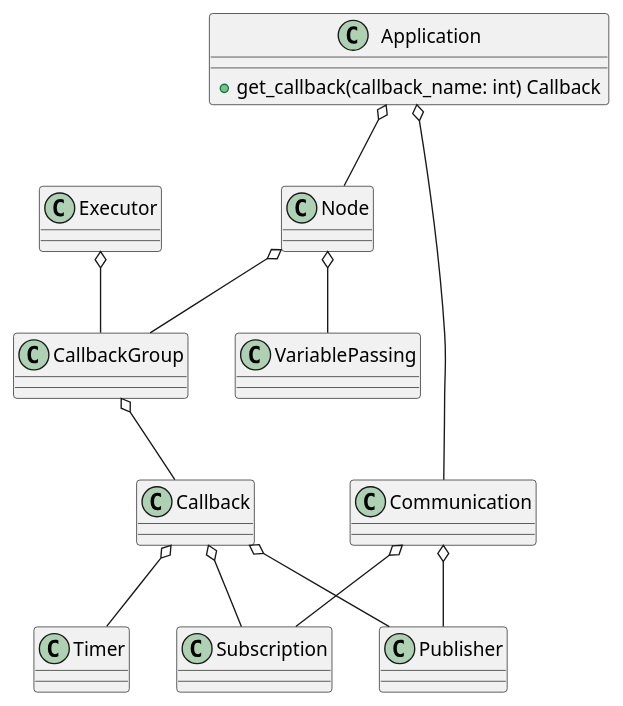
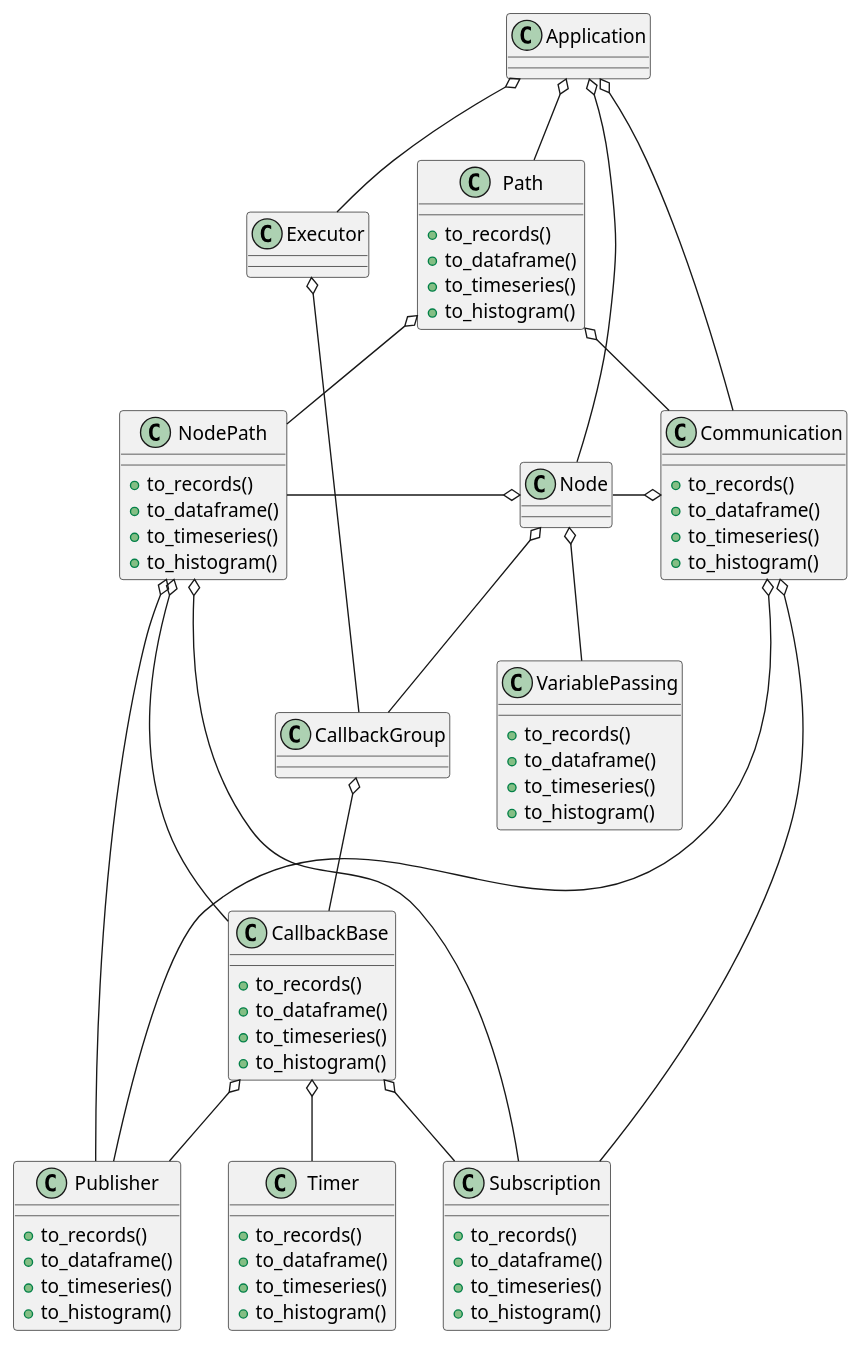
One commit to tier4/caret_doc changed the diagram in docs/design/class_structure.md. Above: the diagram before and after it, drawn with PlantUML. The commit also changed other lines of this file, not shown here.

Commit message:
add: class structure of runtime package

````diff
--- a/docs/design/class_structure.md
+++ b/docs/design/class_structure.md
@@ -1,26 +1,90 @@
 ```plantuml
+
 class Application {
-    + get_callback(callback_name: int) Callback [[[https://tier4.github.io/CARET_analyze/latest/runtime/#caret_analyze.runtime.application.Application.get_callback]]]
 }
-class Callback
-class Node
-class Publisher
-class Subscription
-class Executor
-class Timer
-class CallbackGroup
-class VariablePassing
-class Communication
+
+
+class CallbackBase {
+    + to_records()
+    + to_dataframe()
+    + to_timeseries()
+    + to_histogram()
+
+}
+class Node {
+}
+class Publisher {
+    + to_records()
+    + to_dataframe()
+    + to_timeseries()
+    + to_histogram()
+}
+class Subscription {
+    + to_records()
+    + to_dataframe()
+    + to_timeseries()
+    + to_histogram()
+}
+class Executor {
+}
+
+class Timer {
+    + to_records()
+    + to_dataframe()
+    + to_timeseries()
+    + to_histogram()
+}
+
+class CallbackGroup {
+}
+
+class Communication {
+    + to_records()
+    + to_dataframe()
+    + to_timeseries()
+    + to_histogram()
+}
+
+class Path {
+    + to_records()
+    + to_dataframe()
+    + to_timeseries()
+    + to_histogram()
+}
+
+class NodePath {
+    + to_records()
+    + to_dataframe()
+    + to_timeseries()
+    + to_histogram()
+}
+class VariablePassing {
+    + to_records()
+    + to_dataframe()
+    + to_timeseries()
+    + to_histogram()
+}
+
 
 Application o-- Node
 Application o-- Communication
+Application o-- Path
+Application o-- Executor
+Path o-d- Communication
+Path o-d- NodePath
 Communication o-- Publisher
 Communication o-- Subscription
+Communication o-l- Node
 Node o-- CallbackGroup
 Node o-- VariablePassing
-CallbackGroup o-- Callback
-Callback o-- Publisher
-Callback o-- Timer
-Callback o-- Subscription
+Node o-l- NodePath
+NodePath o-- Publisher
+NodePath o-- Subscription
+NodePath o-- CallbackBase
+CallbackGroup o-d- CallbackBase
+CallbackBase o-d- Publisher
+CallbackBase o-d- Timer
+CallbackBase o-d- Subscription
 Executor o-- CallbackGroup
+
 ```
````
